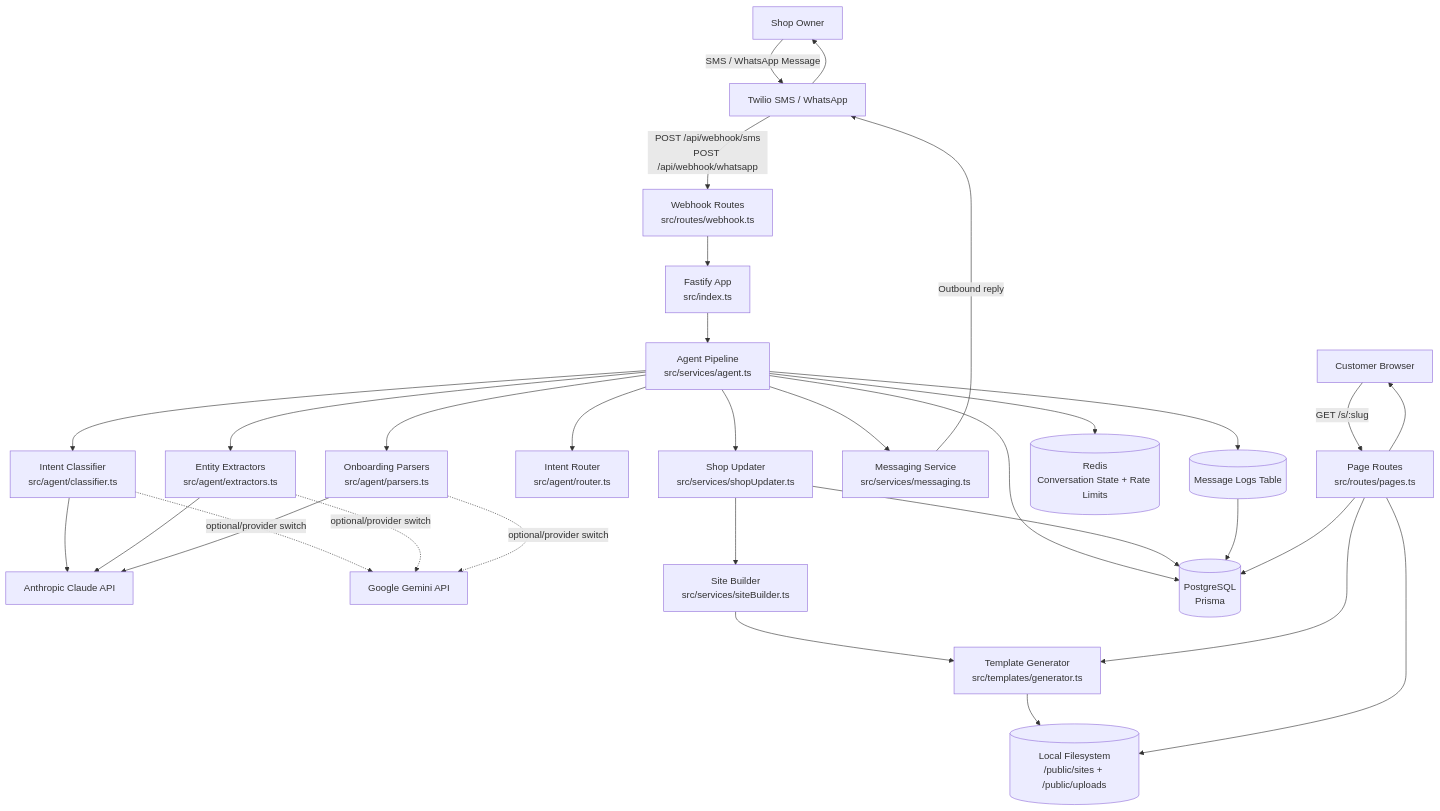
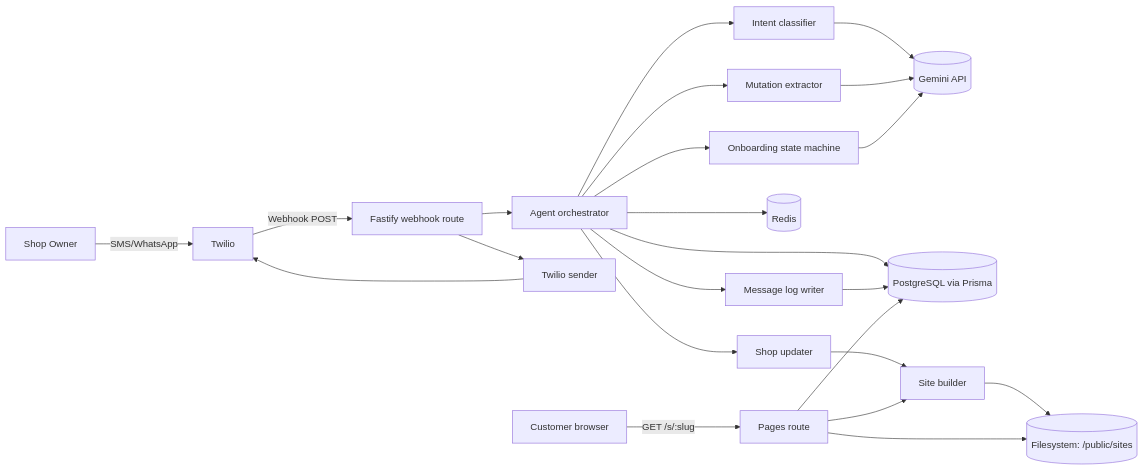
Before and after one commit to kishorbarman/shopfront: the first of 3 diagrams in docs/SYSTEM_ARCHITECTURE.md, drawn with Mermaid. The commit also changed other lines of this file and 1 other file, not shown here.

Commit message:
Revise system architecture docs with code-accurate comprehensive design

````diff
--- a/docs/SYSTEM_ARCHITECTURE.md
+++ b/docs/SYSTEM_ARCHITECTURE.md
@@ -7,64 +17,28 @@
 ```mermaid
-flowchart TD
-  %% External actors and providers
-  Owner[Shop Owner]
-  Twilio[Twilio SMS / WhatsApp]
-  Browser[Customer Browser]
-  Anthropic[Anthropic Claude API]
-  Gemini[Google Gemini API]
+flowchart LR
+  Owner[Shop Owner] -->|SMS/WhatsApp| Twilio[Twilio]
+  Twilio -->|Webhook POST| Webhook[Fastify webhook route]
+  Webhook --> Agent[Agent orchestrator]
+  Agent --> Classify[Intent classifier]
+  Agent --> Extract[Mutation extractor]
+  Agent --> Onboard[Onboarding state machine]
+  Classify --> Gemini[(Gemini API)]
+  Extract --> Gemini
+  Onboard --> Gemini
 
-  %% Core app
-  API[Fastify App\nsrc/index.ts]
-  Webhook[Webhook Routes\nsrc/routes/webhook.ts]
-  Agent[Agent Pipeline\nsrc/services/agent.ts]
-  Classifier[Intent Classifier\nsrc/agent/classifier.ts]
-  Extractors[Entity Extractors\nsrc/agent/extractors.ts]
-  Parsers[Onboarding Parsers\nsrc/agent/parsers.ts]
-  Router[Intent Router\nsrc/agent/router.ts]
-  Updater[Shop Updater\nsrc/services/shopUpdater.ts]
-  Messaging[Messaging Service\nsrc/services/messaging.ts]
-  SiteBuilder[Site Builder\nsrc/services/siteBuilder.ts]
-  TemplateGen[Template Generator\nsrc/templates/generator.ts]
-  Pages[Page Routes\nsrc/routes/pages.ts]
+  Agent --> Redis[(Redis)]
+  Agent --> Prisma[(PostgreSQL via Prisma)]
+  Agent --> Updater[Shop updater]
+  Updater --> Builder[Site builder]
+  Builder --> FS[(Filesystem: /public/sites)]
 
-  %% Data stores
-  PostgreSQL[(PostgreSQL\nPrisma)]
-  Redis[(Redis\nConversation State + Rate Limits)]
-  FileStore[(Local Filesystem\n/public/sites + /public/uploads)]
-  Logs[(Message Logs Table)]
+  Agent --> LogWriter[Message log writer]
+  LogWriter --> Prisma
+  Webhook --> Sender[Twilio sender]
+  Sender --> Twilio
 
-  %% Inbound flow
-  Owner -->|SMS / WhatsApp Message| Twilio
-  Twilio -->|POST /api/webhook/sms\nPOST /api/webhook/whatsapp| Webhook
-  Webhook --> API
-  API --> Agent
-  Agent --> Redis
-  Agent --> PostgreSQL
-  Agent --> Classifier
-  Agent --> Extractors
-  Agent --> Parsers
-  Agent --> Router
-  Classifier --> Anthropic
-  Extractors --> Anthropic
-  Parsers --> Anthropic
-  Classifier -. optional/provider switch .-> Gemini
-  Extractors -. optional/provider switch .-> Gemini
-  Parsers -. optional/provider switch .-> Gemini
-  Agent --> Updater
-  Updater --> PostgreSQL
-  Updater --> SiteBuilder
-  SiteBuilder --> TemplateGen
-  TemplateGen --> FileStore
-  Agent --> Messaging
-  Messaging -->|Outbound reply| Twilio
-  Twilio --> Owner
-  Agent --> Logs
-  Logs --> PostgreSQL
-
-  %% Public page flow
-  Browser -->|GET /s/:slug| Pages
-  Pages --> PostgreSQL
-  Pages --> FileStore
-  Pages --> TemplateGen
-  Pages --> Browser
+  Browser[Customer browser] -->|GET /s/:slug| Pages[Pages route]
+  Pages --> Prisma
+  Pages --> FS
+  Pages --> Builder
 ```
````
